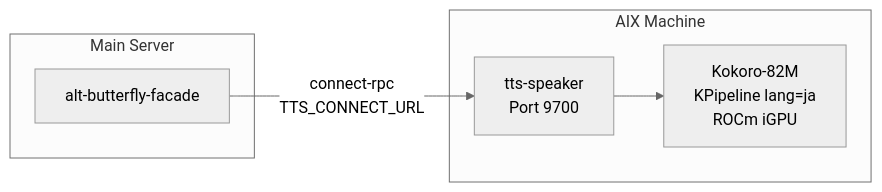
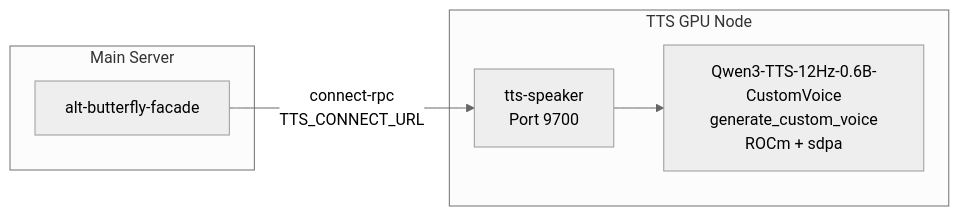
The diagram in docs/services/tts-speaker.md (Kaikei-e/Alt), drawn with Mermaid (neutral theme) before and after one commit. The commit also changed other lines of this file and 38 other files, not shown here.

First line of the commit message:
feat(tts-speaker): migrate from Kokoro-82M to Qwen3-TTS-0.6B-CustomVoice

````diff
--- a/docs/services/tts-speaker.md
+++ b/docs/services/tts-speaker.md
@@ -17,14 +17,14 @@
 ```mermaid
 flowchart LR
     subgraph Main Server
         BFF[alt-butterfly-facade]
     end
 
-    subgraph AIX Machine
+    subgraph TTS GPU Node
         TTS[tts-speaker<br/>Port 9700]
-        Kokoro[Kokoro-82M<br/>KPipeline lang=ja<br/>ROCm iGPU]
+        Qwen[Qwen3-TTS-12Hz-0.6B-CustomVoice<br/>generate_custom_voice<br/>ROCm + sdpa]
     end
 
     BFF -->|connect-rpc<br/>TTS_CONNECT_URL| TTS
-    TTS --> Kokoro
+    TTS --> Qwen
 ```
````
